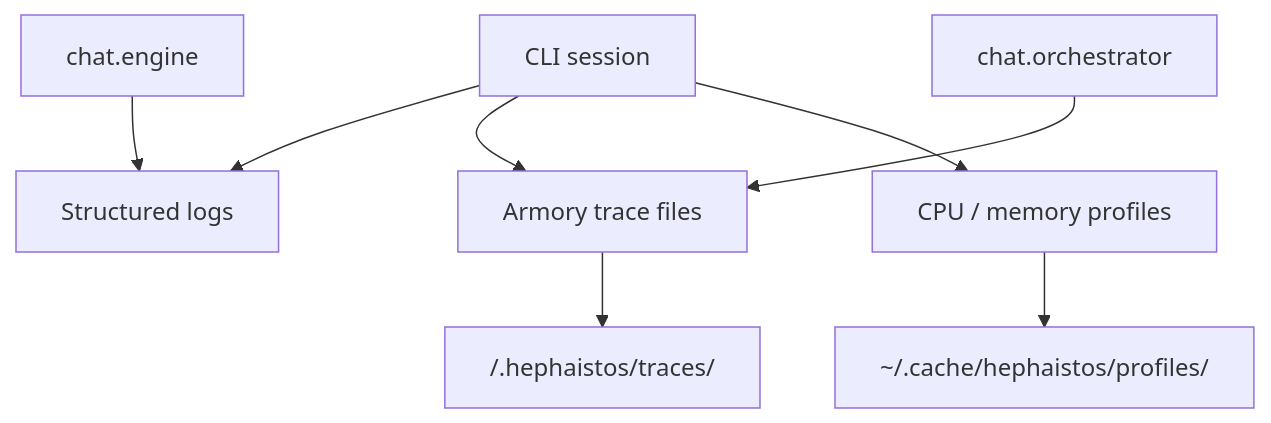
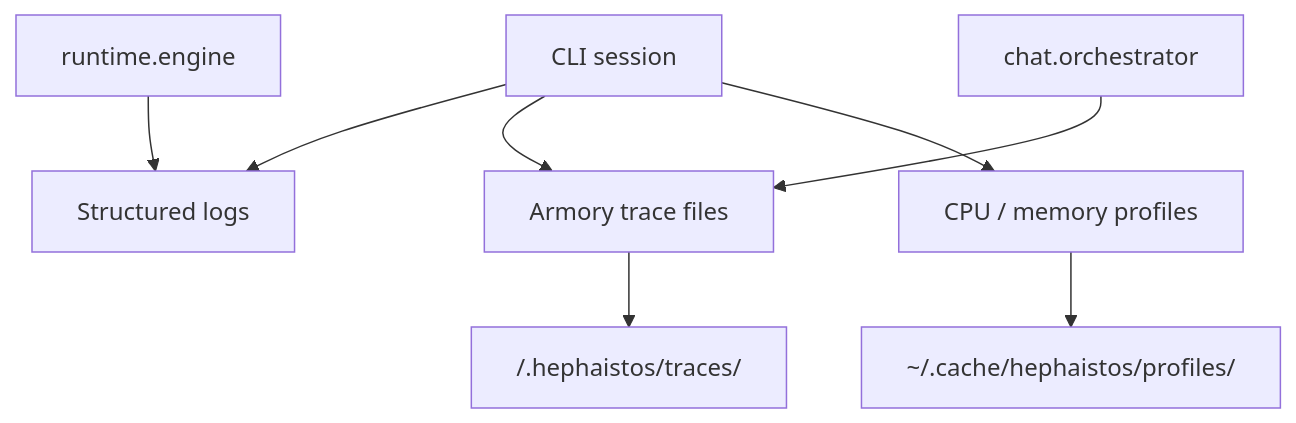
The second of 2 diagrams in docs/architecture.md (gildrb/heph), drawn with Mermaid before and after one commit. The commit also changed other lines of this file and 176 other files, not shown here.

````diff
--- a/docs/architecture.md
+++ b/docs/architecture.md
@@ -220,12 +216,12 @@
 ```mermaid
 graph TD
     CLI[CLI session] --> Logs[Structured logs]
     CLI --> Traces[Armory trace files]
     CLI --> Profiles[CPU / memory profiles]
 
-    Engine[chat.engine] --> Logs
+    Engine[runtime.engine] --> Logs
     Orchestrator[chat.orchestrator] --> Traces
 
     Traces --> Armory[<armory>/.hephaistos/traces/]
     Profiles --> Cache[~/.cache/hephaistos/profiles/]
 ```
````
